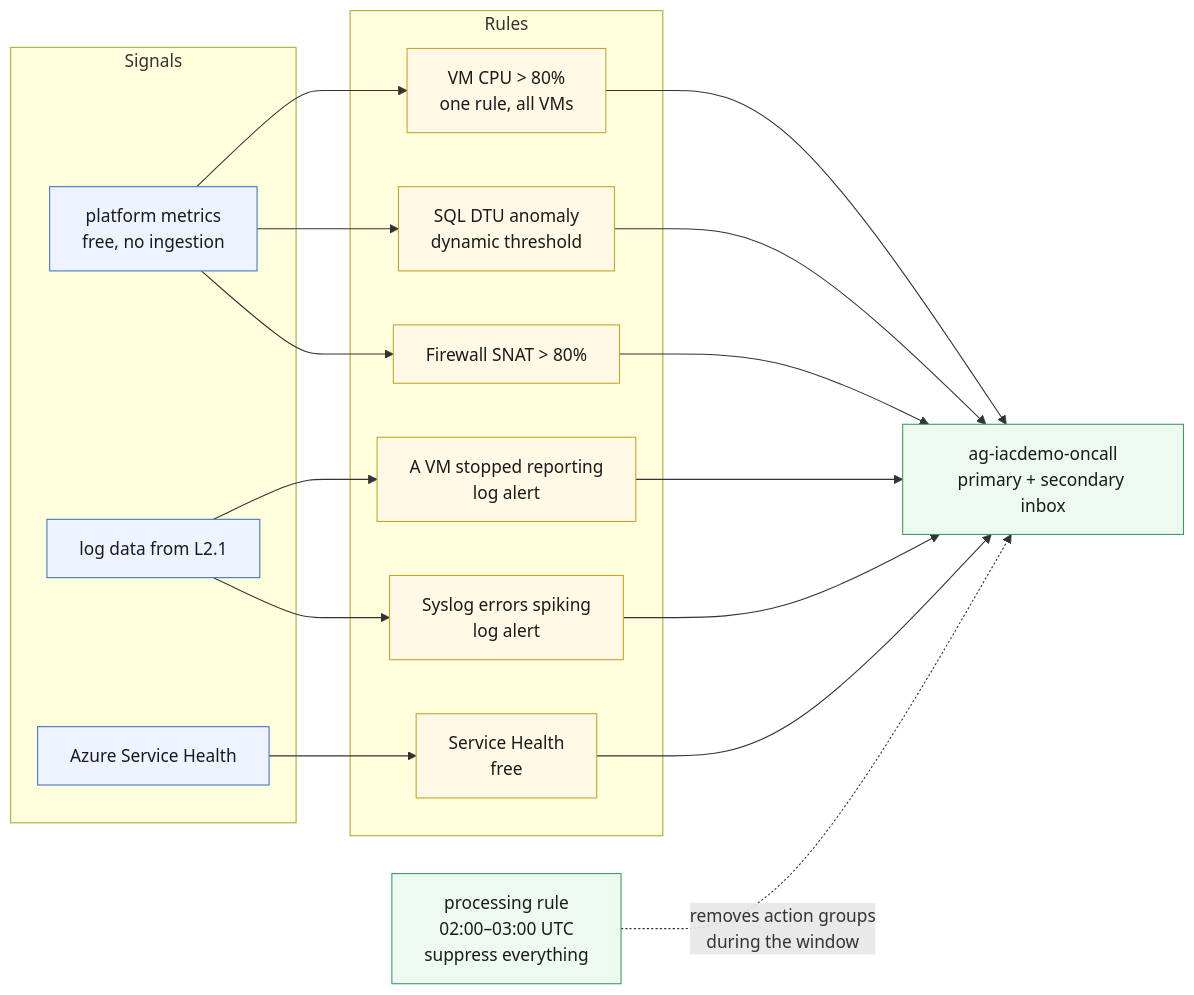
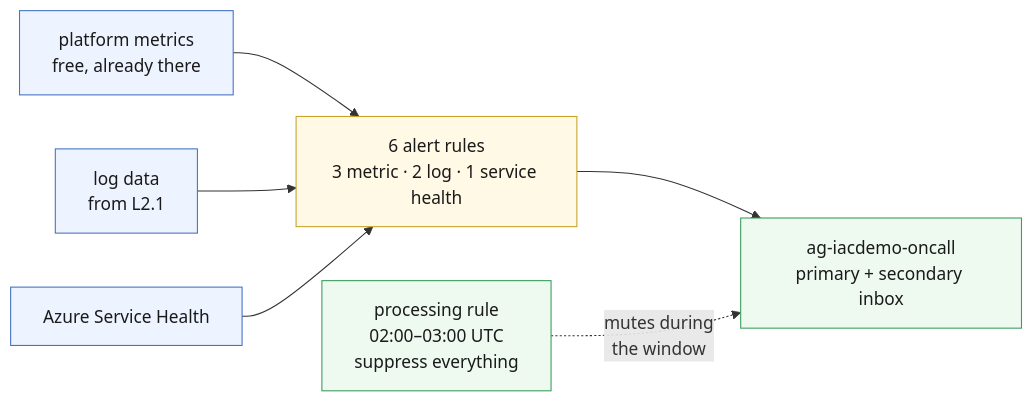
One commit to saulpatinojr/Demo-IaC_Demo_with_VSCode changed the diagram in docs/wiki/Curriculum-L2-3-Proactive-Operations.md. Above: the diagram before and after it, drawn with Mermaid. The commit also changed other lines of this file and 8 other files, not shown here.

````diff
--- a/docs/wiki/Curriculum-L2-3-Proactive-Operations.md
+++ b/docs/wiki/Curriculum-L2-3-Proactive-Operations.md
@@ -21,41 +34,22 @@
 ```mermaid
 flowchart LR
-  subgraph SIGNALS["Signals"]
-    MET["platform metrics<br/>free, no ingestion"]
-    LOGS["log data from L2.1"]
-    SVC["Azure Service Health"]
-  end
-
-  subgraph RULES["Rules"]
-    R1["VM CPU > 80%<br/>one rule, all VMs"]
-    R2["SQL DTU anomaly<br/>dynamic threshold"]
-    R3["Firewall SNAT > 80%"]
-    R4["A VM stopped reporting<br/>log alert"]
-    R5["Syslog errors spiking<br/>log alert"]
-    R6["Service Health<br/>free"]
-  end
-
+  MET["platform metrics<br/>free, already there"]
+  LOGS["log data<br/>from L2.1"]
+  SVC["Azure Service Health"]
+  RULES["6 alert rules<br/>3 metric · 2 log · 1 service health"]
   AG["ag-iacdemo-oncall<br/>primary + secondary inbox"]
   APR["processing rule<br/>02:00–03:00 UTC<br/>suppress everything"]
 
-  MET --> R1
-  MET --> R2
-  MET --> R3
-  LOGS --> R4
-  LOGS --> R5
-  SVC --> R6
-  R1 --> AG
-  R2 --> AG
-  R3 --> AG
-  R4 --> AG
-  R5 --> AG
-  R6 --> AG
-  APR -.->|"removes action groups<br/>during the window"| AG
+  MET --> RULES
+  LOGS --> RULES
+  SVC --> RULES
+  RULES --> AG
+  APR -.->|"mutes during<br/>the window"| AG
 
   classDef sig fill:#eef4ff,stroke:#4472c4,color:#1a1a1a
   classDef rule fill:#fff9e6,stroke:#c9a227,color:#1a1a1a
   classDef act fill:#eefaf0,stroke:#3a9d5d,color:#1a1a1a
   class MET,LOGS,SVC sig
-  class R1,R2,R3,R4,R5,R6 rule
+  class RULES rule
   class AG,APR act
 ```
````
